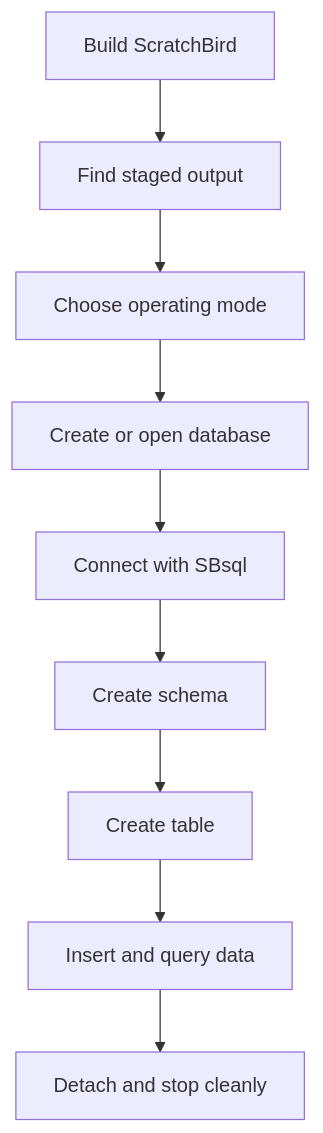
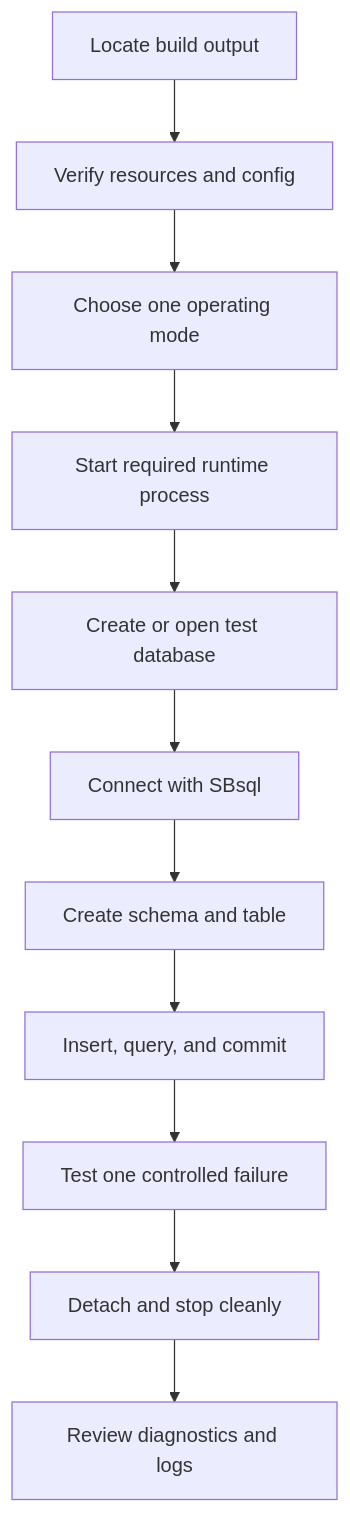
One commit to scratchbird-software-inc/ScratchBird changed the diagram in docs/documentation/draft/Getting_Started/using_scratchbird/first_database.md. Above: the diagram before and after it, drawn with Mermaid. The commit also changed other lines of this file and 23 other files, not shown here.

````diff
--- a/docs/documentation/draft/Getting_Started/using_scratchbird/first_database.md
+++ b/docs/documentation/draft/Getting_Started/using_scratchbird/first_database.md
@@ -19,11 +39,25 @@
 ```mermaid
 flowchart TD
-    Build[Build ScratchBird] --> Output[Find staged output]
-    Output --> Mode[Choose operating mode]
-    Mode --> Create[Create or open database]
-    Create --> Connect[Connect with SBsql]
-    Connect --> Schema[Create schema]
-    Schema --> Table[Create table]
-    Table --> Query[Insert and query data]
-    Query --> Stop[Detach and stop cleanly]
+    Output[Locate build output]
+    Resources[Verify resources and config]
+    Mode[Choose one operating mode]
+    Start[Start required runtime process]
+    Create[Create or open test database]
+    Connect[Connect with SBsql]
+    Schema[Create schema and table]
+    Work[Insert, query, and commit]
+    Negative[Test one controlled failure]
+    Stop[Detach and stop cleanly]
+    Review[Review diagnostics and logs]
+
+    Output --> Resources
+    Resources --> Mode
+    Mode --> Start
+    Start --> Create
+    Create --> Connect
+    Connect --> Schema
+    Schema --> Work
+    Work --> Negative
+    Negative --> Stop
+    Stop --> Review
 ```
````
